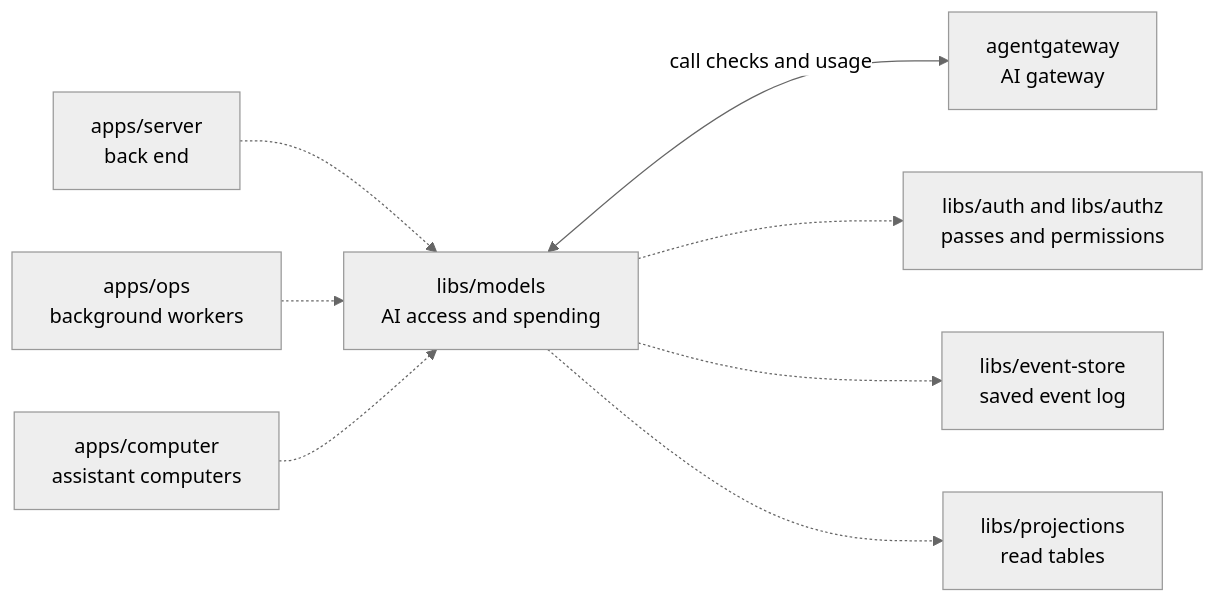
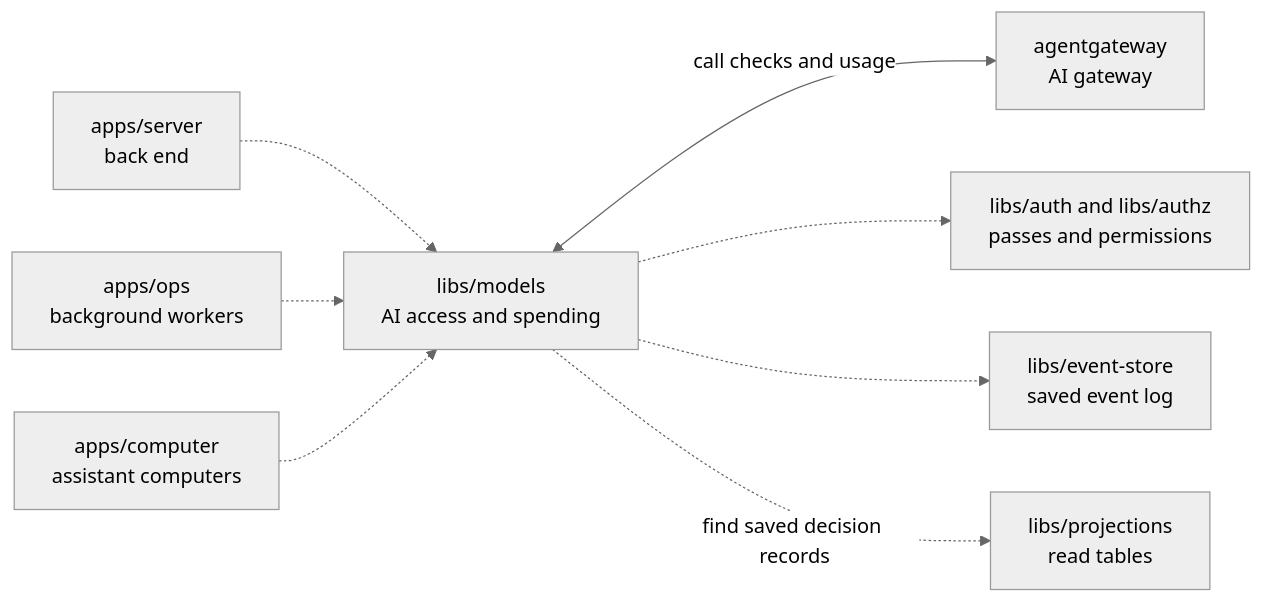
The diagram in libs/models/README.md (elewa-git/opencrane-new), drawn with Mermaid (neutral theme) before and after one commit. The commit also changed other lines of this file and 47 other files, not shown here.

````diff
--- a/libs/models/README.md
+++ b/libs/models/README.md
@@ -21,10 +21,10 @@
 ```mermaid
 flowchart LR
   server["apps/server<br/>back end"] -.-> models["libs/models<br/>AI access and spending"]
   ops["apps/ops<br/>background workers"] -.-> models
   computer["apps/computer<br/>assistant computers"] -.-> models
   models <-->|call checks and usage| gateway["agentgateway<br/>AI gateway"]
   models -.-> auth["libs/auth and libs/authz<br/>passes and permissions"]
   models -.-> store["libs/event-store<br/>saved event log"]
-  models -.-> projections["libs/projections<br/>read tables"]
+  models -.->|find saved decision records| projections["libs/projections<br/>read tables"]
 ```
````
